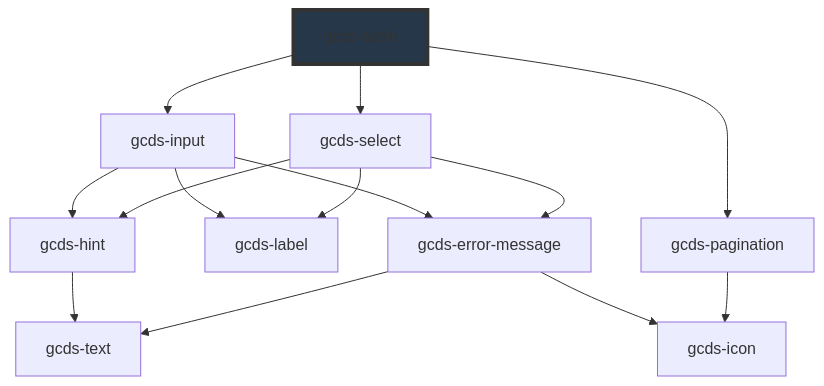
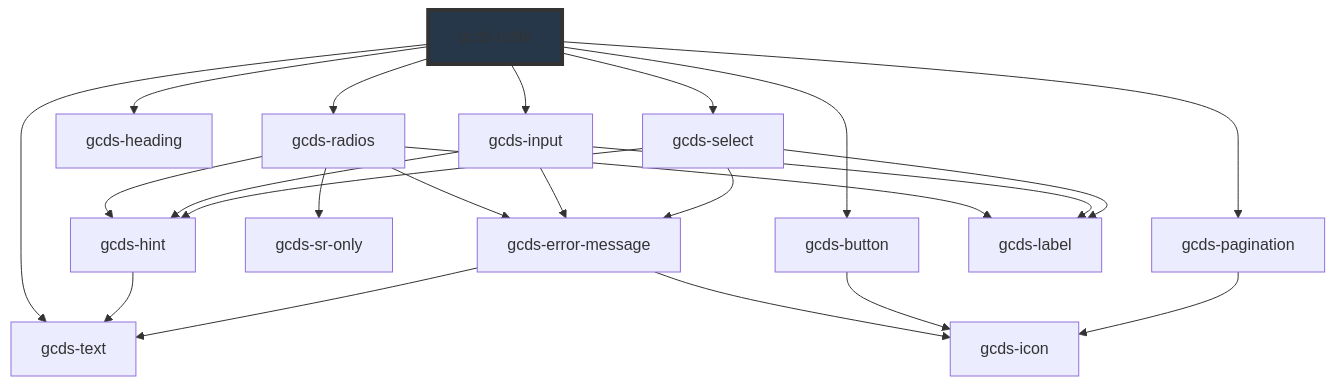
Before and after one commit to cds-snc/gcds-components: the diagram in packages/web/src/components/gcds-table/readme.md, drawn with Mermaid. The commit also changed other lines of this file and 9 other files, not shown here.

````diff
--- a/packages/web/src/components/gcds-table/readme.md
+++ b/packages/web/src/components/gcds-table/readme.md
@@ -33,17 +37,26 @@
 ```mermaid
 graph TD;
+  gcds-table --> gcds-radios
+  gcds-table --> gcds-button
+  gcds-table --> gcds-heading
   gcds-table --> gcds-input
+  gcds-table --> gcds-text
   gcds-table --> gcds-select
   gcds-table --> gcds-pagination
+  gcds-radios --> gcds-sr-only
+  gcds-radios --> gcds-hint
+  gcds-radios --> gcds-error-message
+  gcds-radios --> gcds-label
+  gcds-hint --> gcds-text
+  gcds-error-message --> gcds-text
+  gcds-error-message --> gcds-icon
+  gcds-button --> gcds-icon
   gcds-input --> gcds-label
   gcds-input --> gcds-hint
   gcds-input --> gcds-error-message
-  gcds-hint --> gcds-text
-  gcds-error-message --> gcds-text
-  gcds-error-message --> gcds-icon
   gcds-select --> gcds-label
   gcds-select --> gcds-hint
   gcds-select --> gcds-error-message
   gcds-pagination --> gcds-icon
   style gcds-table fill:#26374a,stroke:#333,stroke-width:4px
 ```
````
